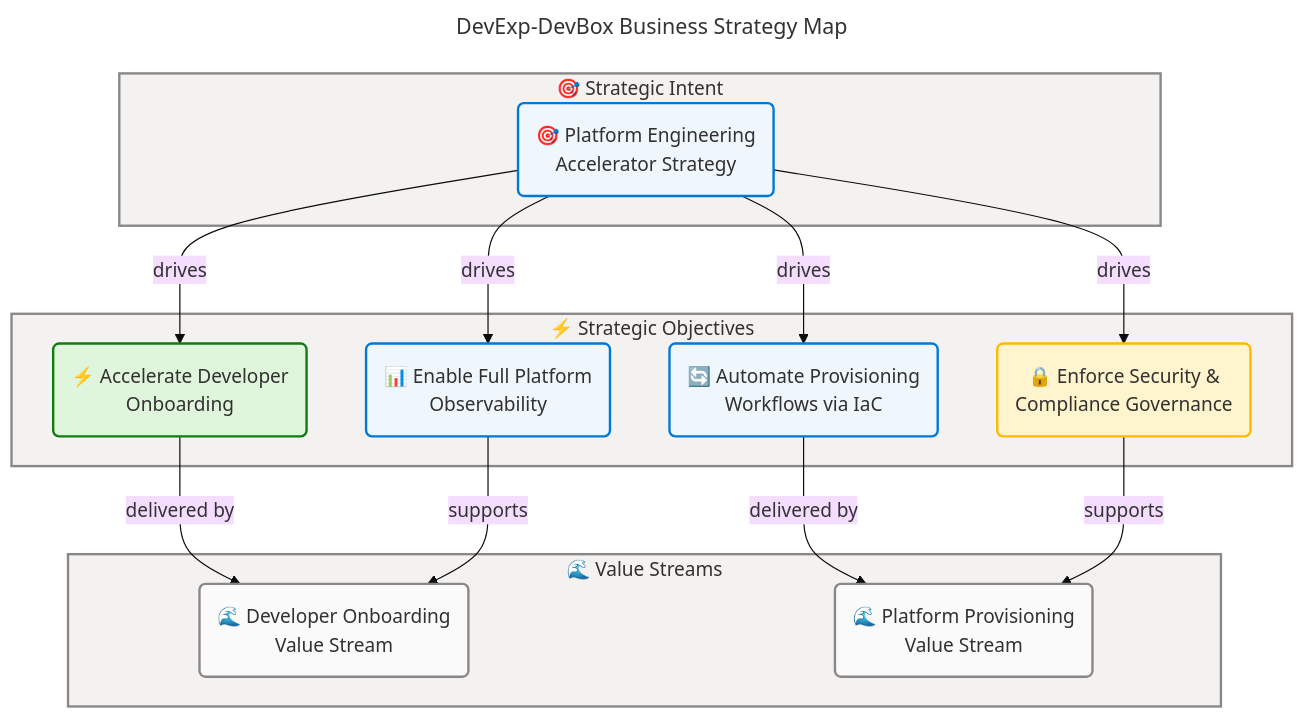
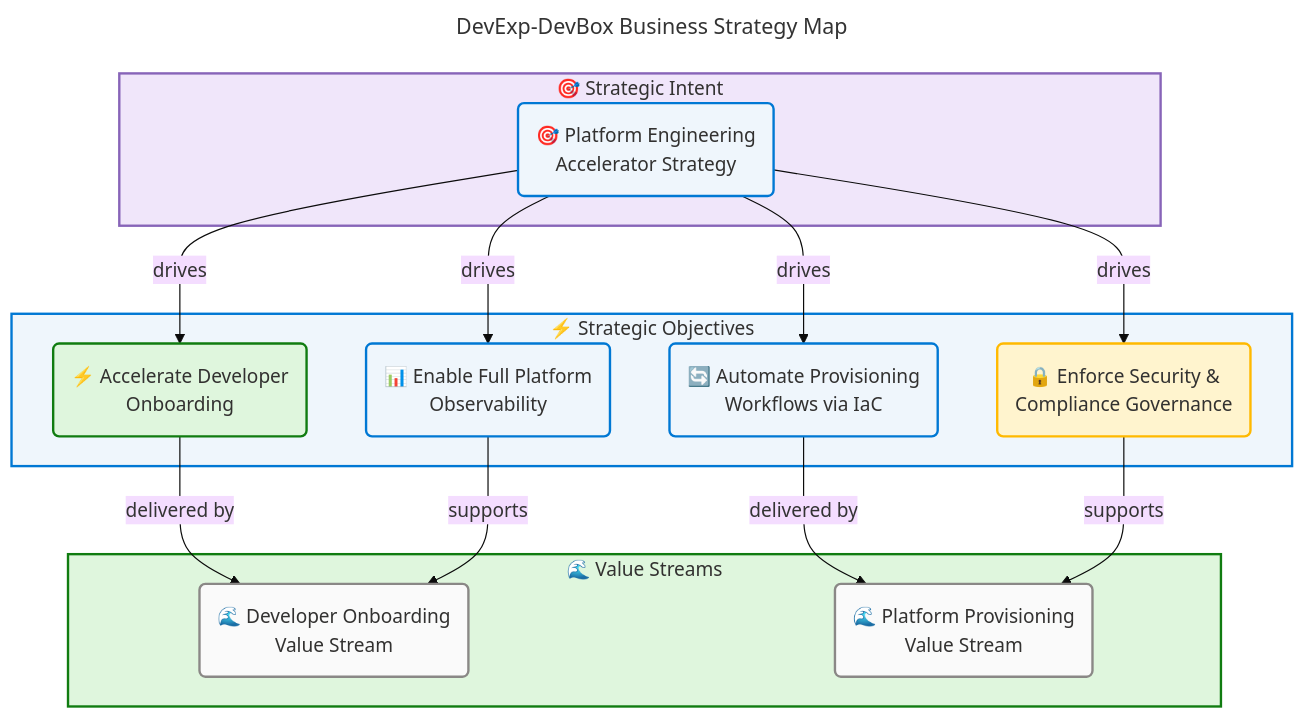
The first of 7 diagrams in docs/architecture/business-architecture.md (Evilazaro/DevExp-DevBox), drawn with Mermaid before and after one commit. The commit also changed other lines of this file, not shown here.

Commit message:
refactor: Update Mermaid diagram styles for improved visual clarity in business architecture documentation

````diff
--- a/docs/architecture/business-architecture.md
+++ b/docs/architecture/business-architecture.md
@@ -54,61 +54,61 @@
 ```mermaid
 ---
 title: DevExp-DevBox Business Strategy Map
 config:
   theme: base
   look: classic
   layout: dagre
   themeVariables:
     fontSize: '16px'
   flowchart:
     htmlLabels: true
 ---
 flowchart TB
     accTitle: DevExp-DevBox Business Strategy Map
     accDescr: Shows the Platform Engineering Accelerator strategic intent, four strategic objectives, and their alignment to two delivery value streams.
 
     %% ═══════════════════════════════════════════════════════════════════════════
     %% AZURE / FLUENT ARCHITECTURE PATTERN v1.1
     %% (Semantic + Structural + Font + Accessibility Governance)
     %% ═══════════════════════════════════════════════════════════════════════════
     %% PHASE 1 - FLUENT UI: All styling uses approved Fluent UI palette only
     %% PHASE 2 - GROUPS: Every subgraph has semantic color via style directive
     %% PHASE 3 - COMPONENTS: Every node has semantic classDef + icon prefix
     %% PHASE 4 - ACCESSIBILITY: accTitle/accDescr present, WCAG AA contrast
     %% PHASE 5 - STANDARD: Governance block present, classDefs centralized
     %% ═══════════════════════════════════════════════════════════════════════════
 
     subgraph stratLayer["🎯 Strategic Intent"]
         strat("🎯 Platform Engineering<br/>Accelerator Strategy"):::core
     end
 
     subgraph objLayer["⚡ Strategic Objectives"]
         obj1("⚡ Accelerate Developer<br/>Onboarding"):::success
         obj2("🔒 Enforce Security &<br/>Compliance Governance"):::warning
         obj3("🔄 Automate Provisioning<br/>Workflows via IaC"):::core
         obj4("📊 Enable Full Platform<br/>Observability"):::core
     end
 
     subgraph vsLayer["🌊 Value Streams"]
         vs1("🌊 Developer Onboarding<br/>Value Stream"):::neutral
         vs2("🌊 Platform Provisioning<br/>Value Stream"):::neutral
     end
 
     strat -->|"drives"| obj1
     strat -->|"drives"| obj2
     strat -->|"drives"| obj3
     strat -->|"drives"| obj4
     obj1 -->|"delivered by"| vs1
     obj3 -->|"delivered by"| vs2
     obj2 -->|"supports"| vs2
     obj4 -->|"supports"| vs1
 
-    style stratLayer fill:#F3F2F1,stroke:#8A8886,stroke-width:2px,color:#323130
-    style objLayer fill:#F3F2F1,stroke:#8A8886,stroke-width:2px,color:#323130
-    style vsLayer fill:#F3F2F1,stroke:#8A8886,stroke-width:2px,color:#323130
+    style stratLayer fill:#F0E6FA,stroke:#8764B8,stroke-width:2px,color:#323130
+    style objLayer fill:#EFF6FC,stroke:#0078D4,stroke-width:2px,color:#323130
+    style vsLayer fill:#DFF6DD,stroke:#107C10,stroke-width:2px,color:#323130
 
     classDef core fill:#EFF6FC,stroke:#0078D4,stroke-width:2px,color:#323130
     classDef success fill:#DFF6DD,stroke:#107C10,stroke-width:2px,color:#323130
     classDef warning fill:#FFF4CE,stroke:#FFB900,stroke-width:2px,color:#323130
     classDef neutral fill:#FAFAFA,stroke:#8A8886,stroke-width:2px,color:#323130
 ```
````
